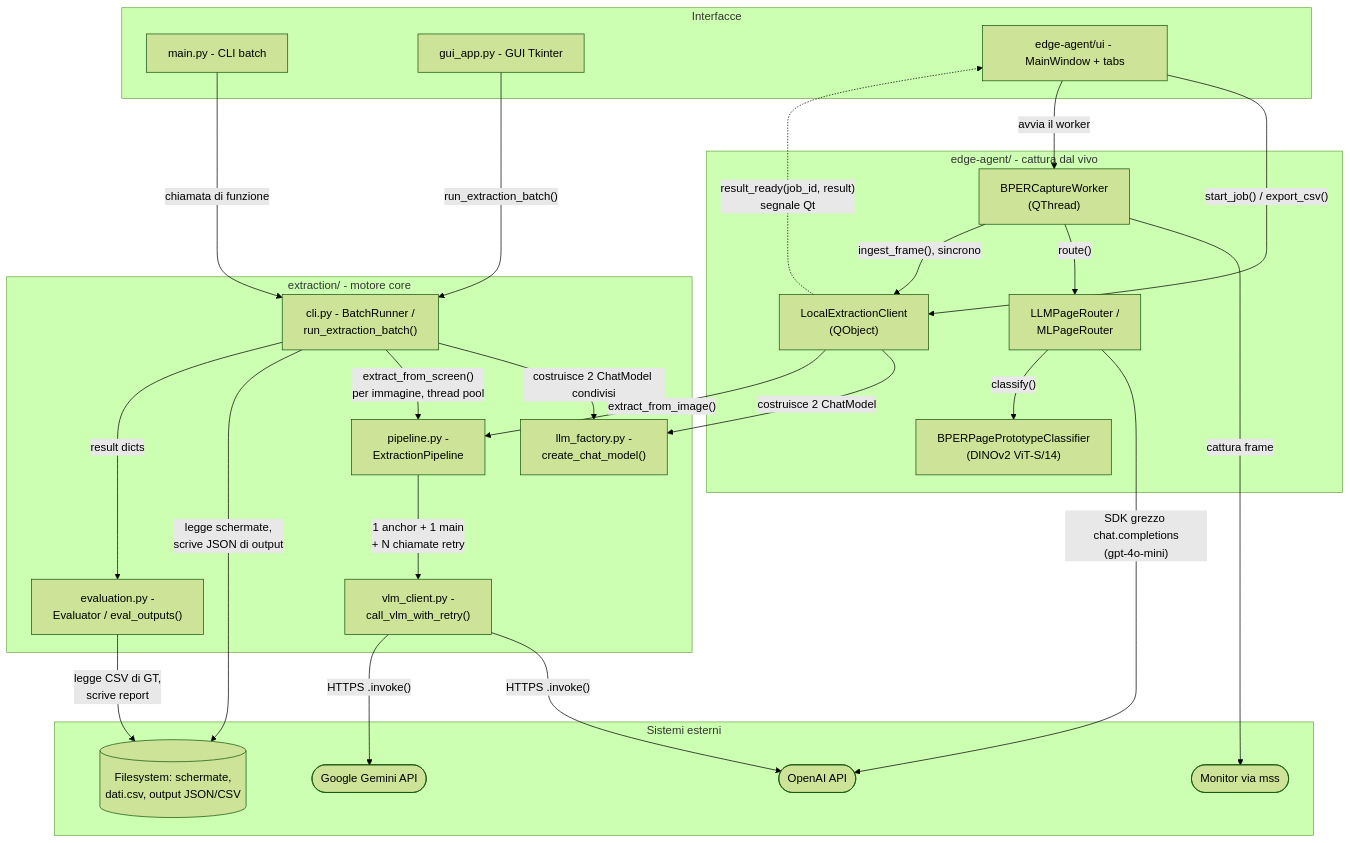
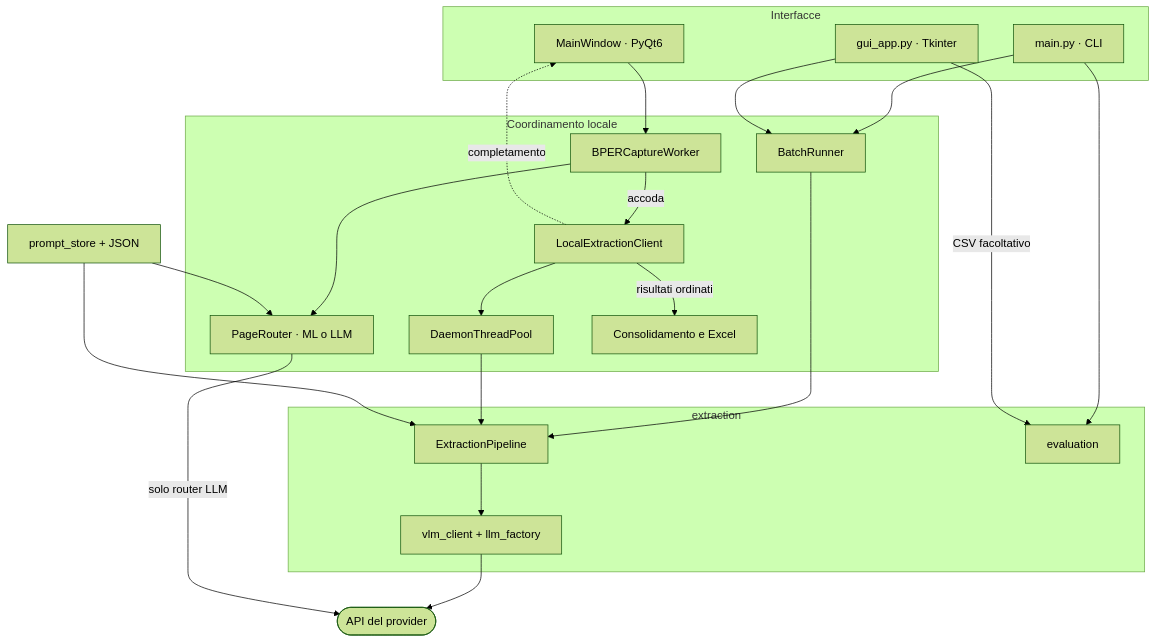
The diagram in docs/04-architecture.md (acaprino/MOL-BPER-OCR), drawn with Mermaid (forest theme) before and after one commit. The commit also changed other lines of this file and 108 other files, not shown here.

````diff
--- a/docs/04-architecture.md
+++ b/docs/04-architecture.md
@@ -9,52 +11,35 @@
 ```mermaid
 flowchart TB
-    subgraph frontends["Interfacce"]
-        CLI["main.py - CLI batch"]
-        TK["gui_app.py - GUI Tkinter"]
-        QTUI["edge-agent/ui - MainWindow + tabs"]
+    subgraph Interfacce["Interfacce"]
+        CLI["main.py · CLI"]
+        TK["gui_app.py · Tkinter"]
+        QT["MainWindow · PyQt6"]
     end
-
-    subgraph core["extraction/ - motore core"]
-        BATCH["cli.py - BatchRunner /<br/>run_extraction_batch()"]
-        PIPE["pipeline.py -<br/>ExtractionPipeline"]
-        VLM["vlm_client.py -<br/>call_vlm_with_retry()"]
-        FACT["llm_factory.py -<br/>create_chat_model()"]
-        EVAL["evaluation.py -<br/>Evaluator / eval_outputs()"]
+    subgraph Coordinamento["Coordinamento locale"]
+        BATCH["BatchRunner"]
+        CAP["BPERCaptureWorker"]
+        ROUTER["PageRouter · ML o LLM"]
+        CLIENT["LocalExtractionClient"]
+        POOL["DaemonThreadPool"]
+        OUTPUT["Consolidamento e Excel"]
     end
-
-    subgraph agent["edge-agent/ - cattura dal vivo"]
-        WORKER["BPERCaptureWorker<br/>(QThread)"]
-        CLIENT["LocalExtractionClient<br/>(QObject)"]
-        ROUTER["LLMPageRouter /<br/>MLPageRouter"]
-        CLASS["BPERPagePrototypeClassifier<br/>(DINOv2 ViT-S/14)"]
+    subgraph Motore["extraction"]
+        PIPE["ExtractionPipeline"]
+        VLM["vlm_client + llm_factory"]
+        EVAL["evaluation"]
     end
-
-    subgraph external["Sistemi esterni"]
-        OPENAI(["OpenAI API"])
-        GEMINI(["Google Gemini API"])
-        SCREEN(["Monitor via mss"])
-        FS[("Filesystem: schermate,<br/>dati.csv, output JSON/CSV")]
-    end
-
-    CLI -->|"chiamata di funzione"| BATCH
-    TK -->|"run_extraction_batch()"| BATCH
-    BATCH -->|"costruisce 2 ChatModel condivisi"| FACT
-    BATCH -->|"extract_from_screen()<br/>per immagine, thread pool"| PIPE
-    BATCH -->|"legge schermate,<br/>scrive JSON di output"| FS
-    BATCH -->|"result dicts"| EVAL
-    EVAL -->|"legge CSV di GT,<br/>scrive report"| FS
-    PIPE -->|"1 anchor + 1 main<br/>+ N chiamate retry"| VLM
-    VLM -->|"HTTPS .invoke()"| OPENAI
-    VLM -->|"HTTPS .invoke()"| GEMINI
-
-    QTUI -->|"start_job() / export_csv()"| CLIENT
-    QTUI -->|"avvia il worker"| WORKER
-    WORKER -->|"cattura frame"| SCREEN
-    WORKER -->|"route()"| ROUTER
-    ROUTER -->|"SDK grezzo chat.completions<br/>(gpt-4o-mini)"| OPENAI
-    ROUTER -->|"classify()"| CLASS
-    WORKER -->|"ingest_frame(), sincrono"| CLIENT
-    CLIENT -->|"costruisce 2 ChatModel"| FACT
-    CLIENT -->|"extract_from_image()"| PIPE
-    CLIENT -.->|"result_ready(job_id, result)<br/>segnale Qt"| QTUI
+    PROMPTS["prompt_store + JSON"]
+    PROVIDER(["API del provider"])
+    CLI --> BATCH
+    TK --> BATCH
+    BATCH --> PIPE --> VLM --> PROVIDER
+    CLI --> EVAL
+    TK -->|"CSV facoltativo"| EVAL
+    QT --> CAP --> ROUTER
+    ROUTER -->|"solo router LLM"| PROVIDER
+    CAP -->|"accoda"| CLIENT --> POOL --> PIPE
+    CLIENT -.->|"completamento"| QT
+    CLIENT -->|"risultati ordinati"| OUTPUT
+    PROMPTS --> PIPE
+    PROMPTS --> ROUTER
 ```
````
